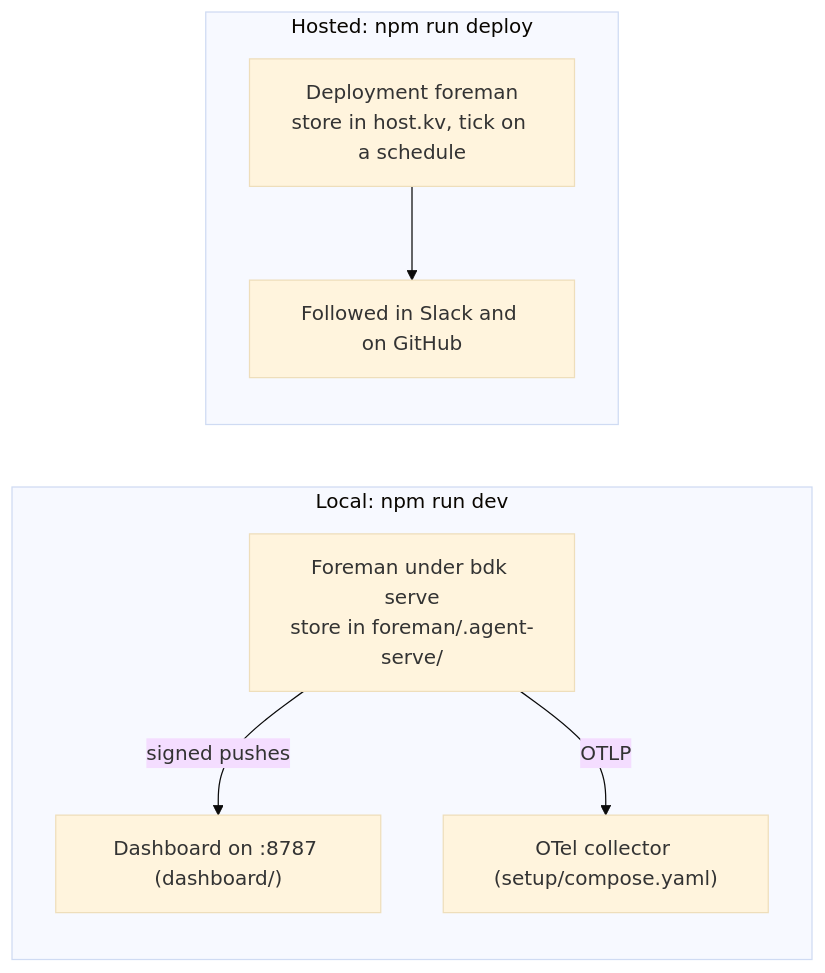
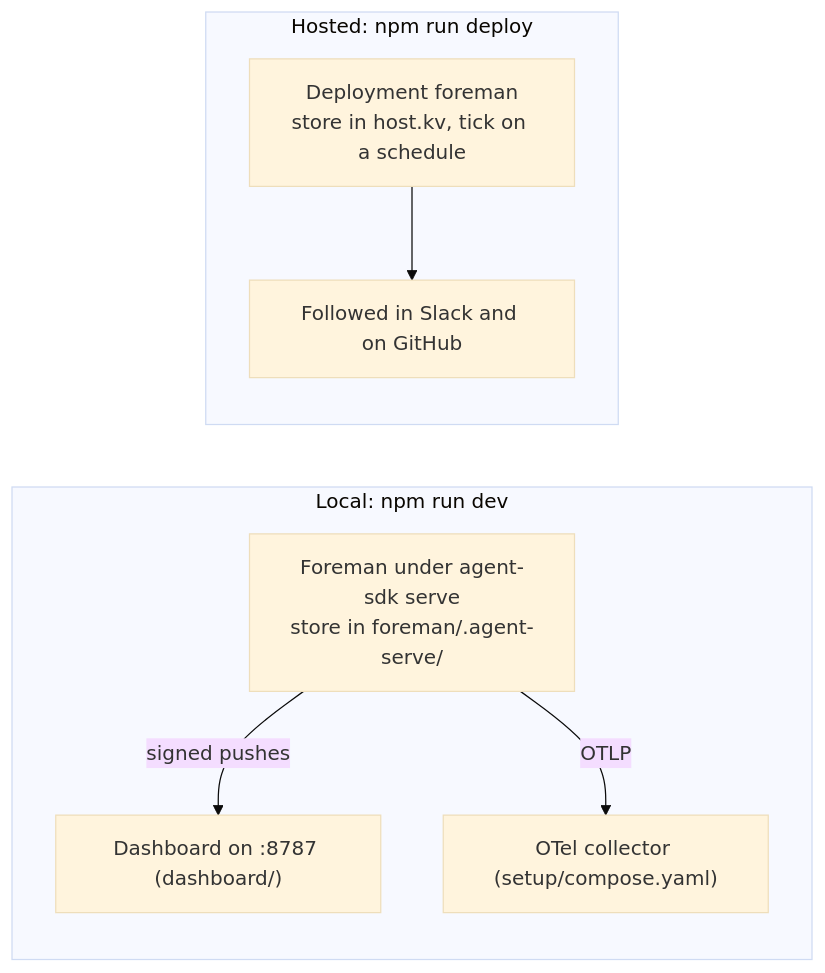
One commit to ForeverTheIntern/cookbook changed the second of 2 diagrams in solution-accelerators/drop-in-factory/ARCHITECTURE.md. Above: the diagram before and after it, drawn with Mermaid (base theme). The commit also changed other lines of this file and 52 other files, not shown here.

First line of the commit message:
Move the factory to @grok/agent-sdk 0.3.0

````diff
--- a/solution-accelerators/drop-in-factory/ARCHITECTURE.md
+++ b/solution-accelerators/drop-in-factory/ARCHITECTURE.md
@@ -57,15 +57,15 @@
 ```mermaid
 flowchart LR
   subgraph local["Local: npm run dev"]
-    lf["Foreman under bdk serve<br/>store in foreman/.agent-serve/"]
+    lf["Foreman under agent-sdk serve<br/>store in foreman/.agent-serve/"]
     dash["Dashboard on :8787 (dashboard/)"]
     otel["OTel collector (setup/compose.yaml)"]
     lf -- "signed pushes" --> dash
     lf -- "OTLP" --> otel
   end
   subgraph hosted["Hosted: npm run deploy"]
     hf["Deployment foreman<br/>store in host.kv, tick on a schedule"]
     follow["Followed in Slack and on GitHub"]
     hf --> follow
   end
 ```
````
